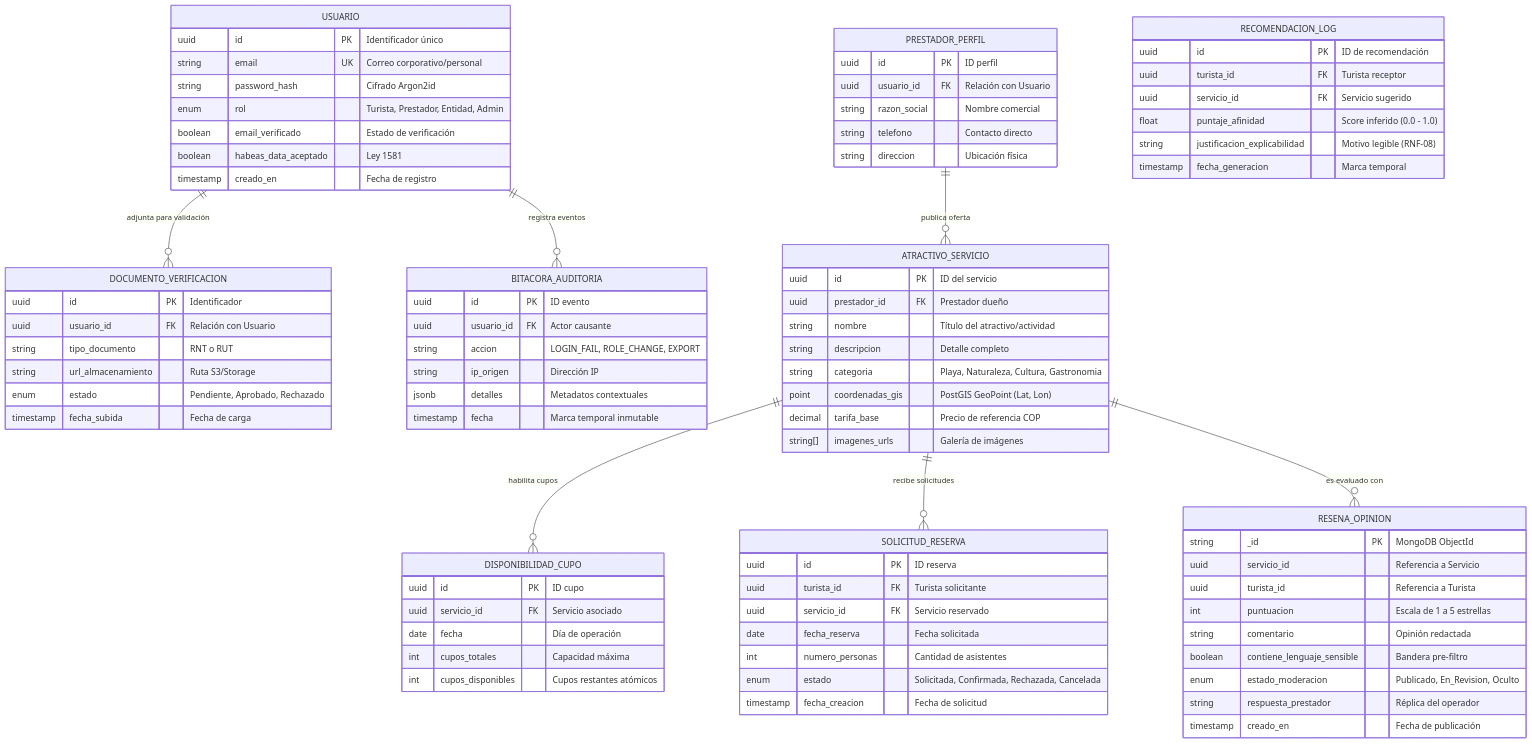
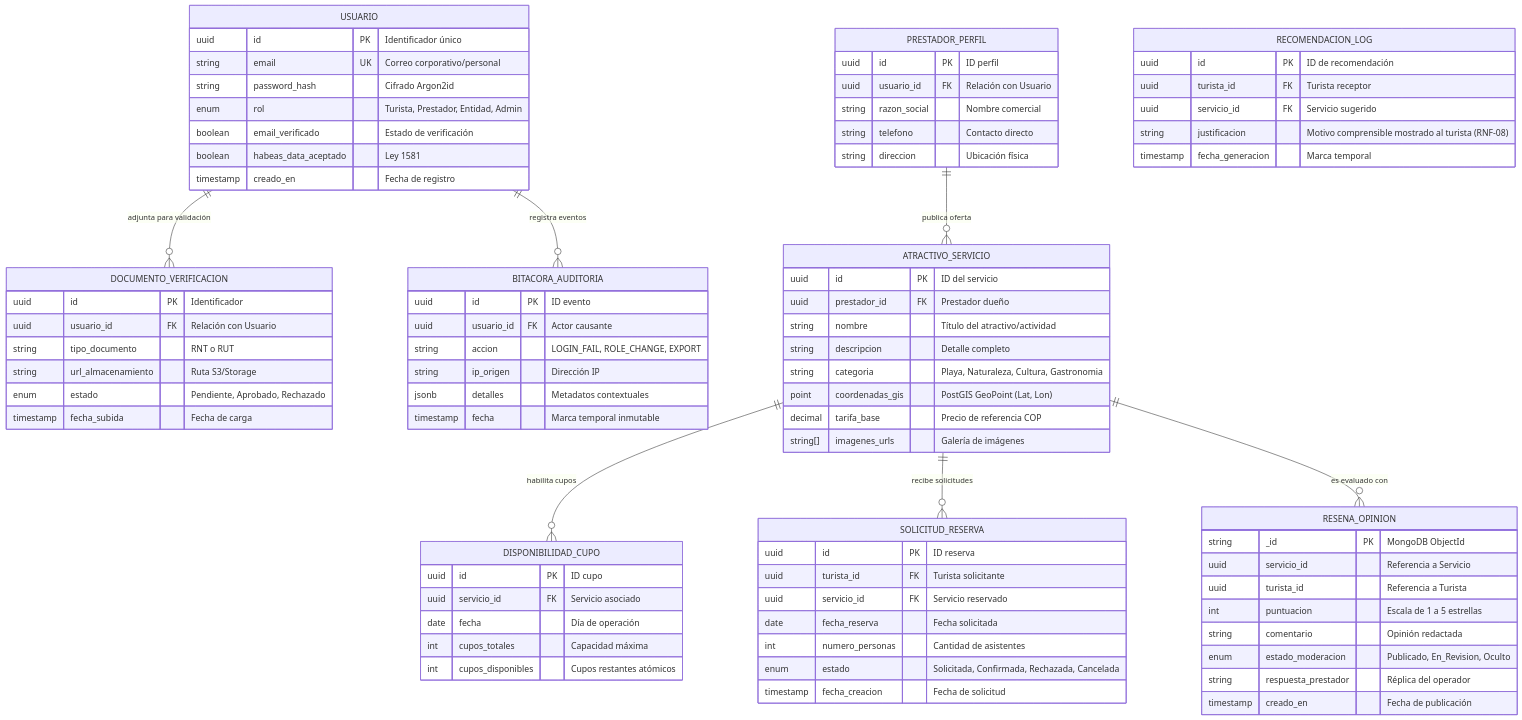
Before and after one commit to luifdo/Tourism: the eighth of 9 diagrams in Documents/Pages/Requirements_docIEEE.md, drawn with Mermaid. The commit also changed other lines of this file, not shown here.

````diff
--- a/Documents/Pages/Requirements_docIEEE.md
+++ b/Documents/Pages/Requirements_docIEEE.md
@@ -895,7 +915,6 @@
         uuid turista_id "Referencia a Turista"
         int puntuacion "Escala de 1 a 5 estrellas"
         string comentario "Opinión redactada"
-        boolean contiene_lenguaje_sensible "Bandera pre-filtro"
         enum estado_moderacion "Publicado, En_Revision, Oculto"
         string respuesta_prestador "Réplica del operador"
         timestamp creado_en "Fecha de publicación"
@@ -905,8 +924,7 @@
         uuid id PK "ID de recomendación"
         uuid turista_id FK "Turista receptor"
         uuid servicio_id FK "Servicio sugerido"
-        float puntaje_afinidad "Score inferido (0.0 - 1.0)"
-        string justificacion_explicabilidad "Motivo legible (RNF-08)"
+        string justificacion "Motivo comprensible mostrado al turista (RNF-08)"
         timestamp fecha_generacion "Marca temporal"
     }
 ```
````
